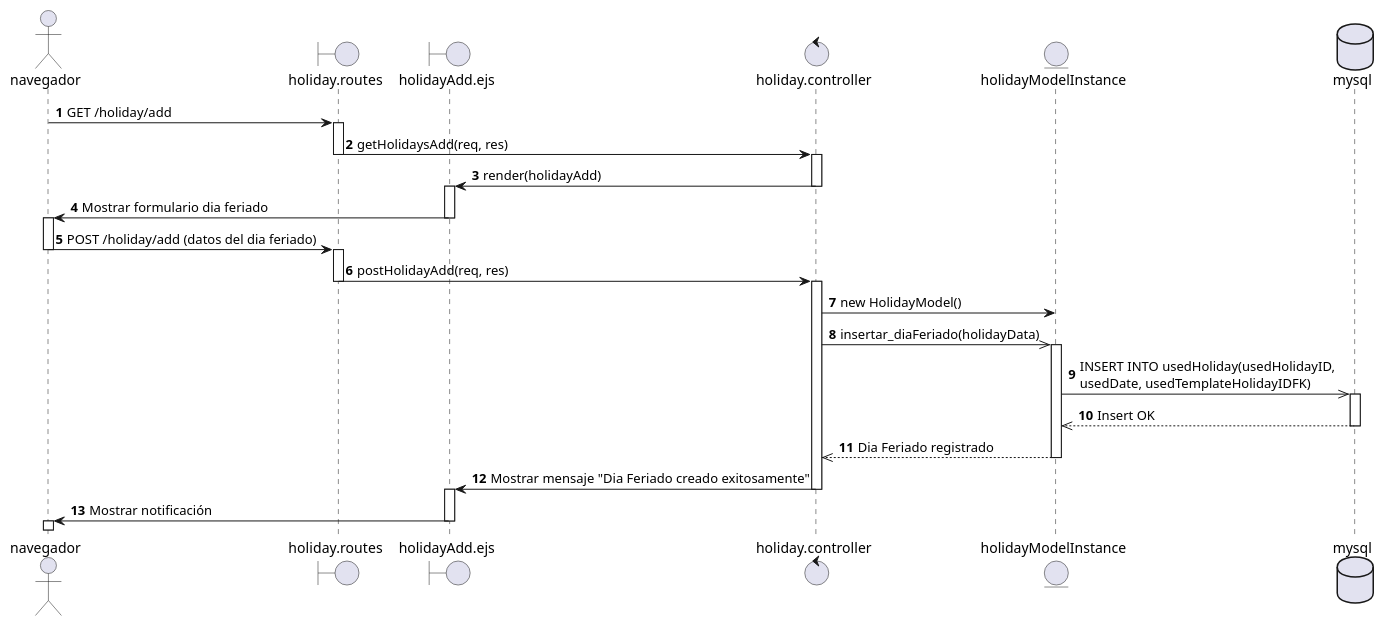
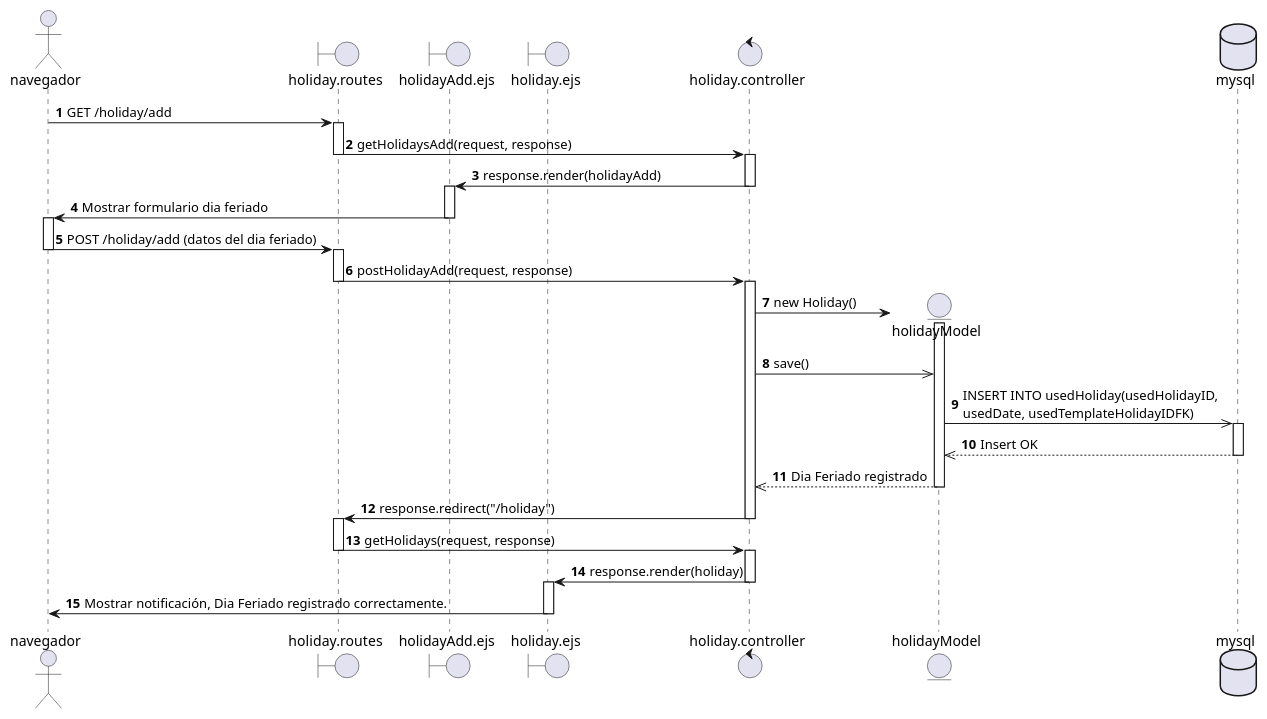
Before and after one commit to EdCanCe/WorkCells: the diagram in diagrams/Casos de Uso/CU Emilio/DS/CU07.puml, drawn with PlantUML. The commit also changed 10 other files, not shown here.

```diff
--- a/diagrams/Casos de Uso/CU Emilio/DS/CU07.puml
+++ b/diagrams/Casos de Uso/CU Emilio/DS/CU07.puml
@@ -1,53 +1,60 @@
 @startuml CU07 - Superadmin Registra dia feriado
 actor navegador
 boundary holiday.routes
 boundary holidayAdd.ejs
+boundary holiday.ejs
 control holiday.controller
-entity holidayModelInstance
+entity holidayModel
 database mysql
 
 autonumber
 navegador -> holiday.routes : GET /holiday/add
 activate holiday.routes
 
-holiday.routes -> holiday.controller: getHolidaysAdd(req, res)
+holiday.routes -> holiday.controller: getHolidaysAdd(request, response)
 deactivate holiday.routes
 activate holiday.controller
 
-holiday.controller -> holidayAdd.ejs: render(holidayAdd)
+holiday.controller -> holidayAdd.ejs: response.render(holidayAdd)
 deactivate holiday.controller
 activate holidayAdd.ejs
 
 holidayAdd.ejs -> navegador : Mostrar formulario dia feriado
 deactivate holidayAdd.ejs
 activate navegador
 
 navegador -> holiday.routes : POST /holiday/add (datos del dia feriado)
 deactivate navegador
 activate holiday.routes
 
-holiday.routes -> holiday.controller : postHolidayAdd(req, res)
+holiday.routes -> holiday.controller : postHolidayAdd(request, response)
+deactivate holiday.routes
+activate holiday.controller
+create holidayModel
+holiday.controller -> holidayModel : new Holiday()
+activate holidayModel
+
+holiday.controller ->> holidayModel : save()
+
+holidayModel ->> mysql : INSERT INTO usedHoliday(usedHolidayID, \nusedDate, usedTemplateHolidayIDFK)
+activate mysql
+mysql -->> holidayModel : Insert OK
+deactivate mysql
+holidayModel -->> holiday.controller : Dia Feriado registrado
+deactivate holidayModel
+
+holiday.controller -> holiday.routes : response.redirect("/holiday")
+deactivate holiday.controller
+activate holiday.routes
+
+holiday.routes -> holiday.controller : getHolidays(request, response)
 deactivate holiday.routes
 activate holiday.controller
 
-holiday.controller -> holidayModelInstance : new HolidayModel()
+holiday.controller -> holiday.ejs : response.render(holiday)
+deactivate holiday.controller
+activate holiday.ejs
 
-holiday.controller ->> holidayModelInstance : insertar_diaFeriado(holidayData)
-activate holidayModelInstance
-
-holidayModelInstance ->> mysql : INSERT INTO usedHoliday(usedHolidayID, \nusedDate, usedTemplateHolidayIDFK)
-activate mysql
-mysql -->> holidayModelInstance : Insert OK
-deactivate mysql
-holidayModelInstance -->> holiday.controller : Dia Feriado registrado
-deactivate holidayModelInstance
-
-holiday.controller -> holidayAdd.ejs : Mostrar mensaje "Dia Feriado creado exitosamente"
-deactivate holiday.controller
-activate holidayAdd.ejs
-holidayAdd.ejs -> navegador : Mostrar notificación
-deactivate holidayAdd.ejs
-activate navegador
-deactivate navegador
-deactivate holiday.routes
+holiday.ejs ->navegador : Mostrar notificación, Dia Feriado registrado correctamente.
+deactivate holiday.ejs
 @enduml
```
